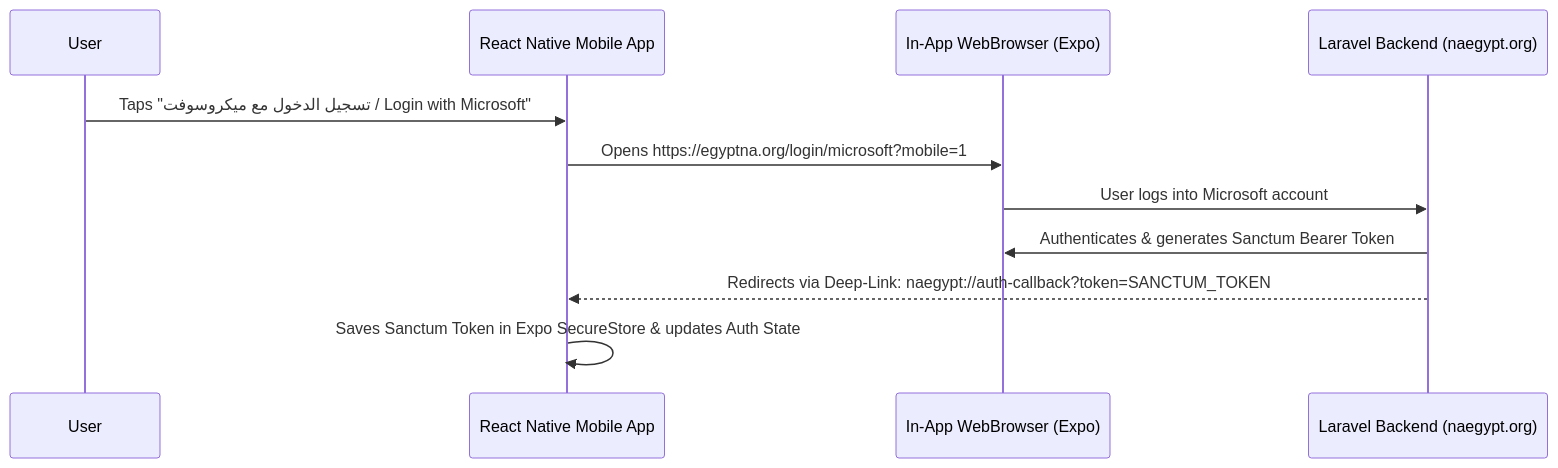
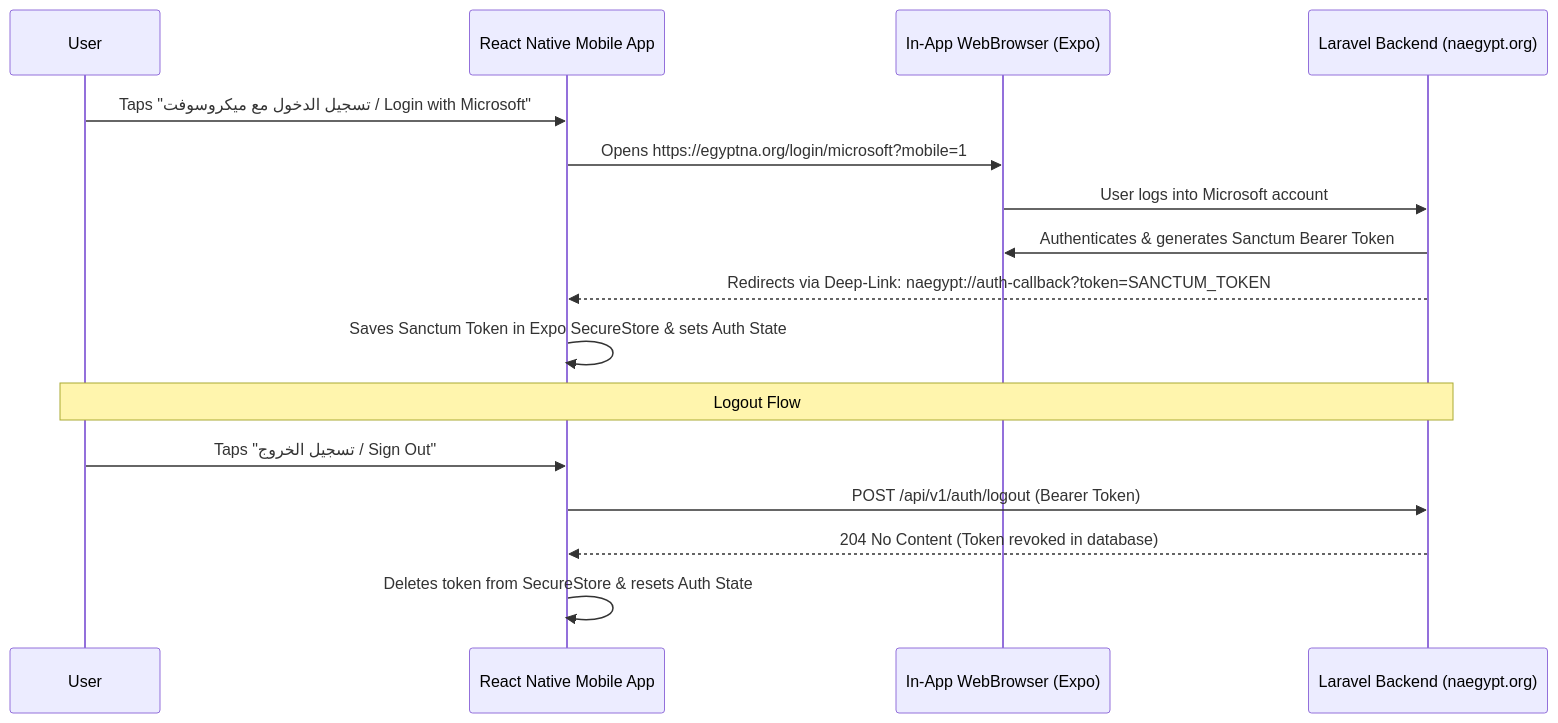
The second of 2 diagrams in CROSS_PLATFORM_MOBILE_APP_PROMPT.md (NA-Egypt/website), drawn with Mermaid before and after one commit. The commit also changed other lines of this file and 37 other files, not shown here.

````diff
--- a/CROSS_PLATFORM_MOBILE_APP_PROMPT.md
+++ b/CROSS_PLATFORM_MOBILE_APP_PROMPT.md
@@ -39,14 +40,19 @@
 ```mermaid
 sequenceDiagram
     participant User
     participant App as React Native Mobile App
     participant Browser as In-App WebBrowser (Expo)
     participant Server as Laravel Backend (naegypt.org)
 
     User->>App: Taps "تسجيل الدخول مع ميكروسوفت / Login with Microsoft"
     App->>Browser: Opens https://egyptna.org/login/microsoft?mobile=1
     Browser->>Server: User logs into Microsoft account
     Server->>Browser: Authenticates & generates Sanctum Bearer Token
     Server-->>App: Redirects via Deep-Link: naegypt://auth-callback?token=SANCTUM_TOKEN
-    App->>App: Saves Sanctum Token in Expo SecureStore & updates Auth State
+    App->>App: Saves Sanctum Token in Expo SecureStore & sets Auth State
+    Note over User,Server: Logout Flow
+    User->>App: Taps "تسجيل الخروج / Sign Out"
+    App->>Server: POST /api/v1/auth/logout (Bearer Token)
+    Server-->>App: 204 No Content (Token revoked in database)
+    App->>App: Deletes token from SecureStore & resets Auth State
 ```
````
